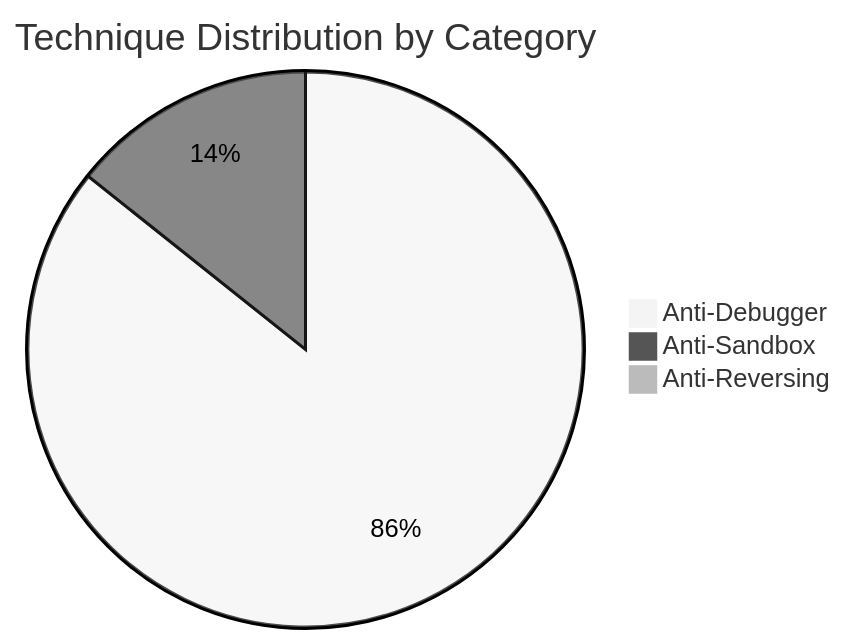
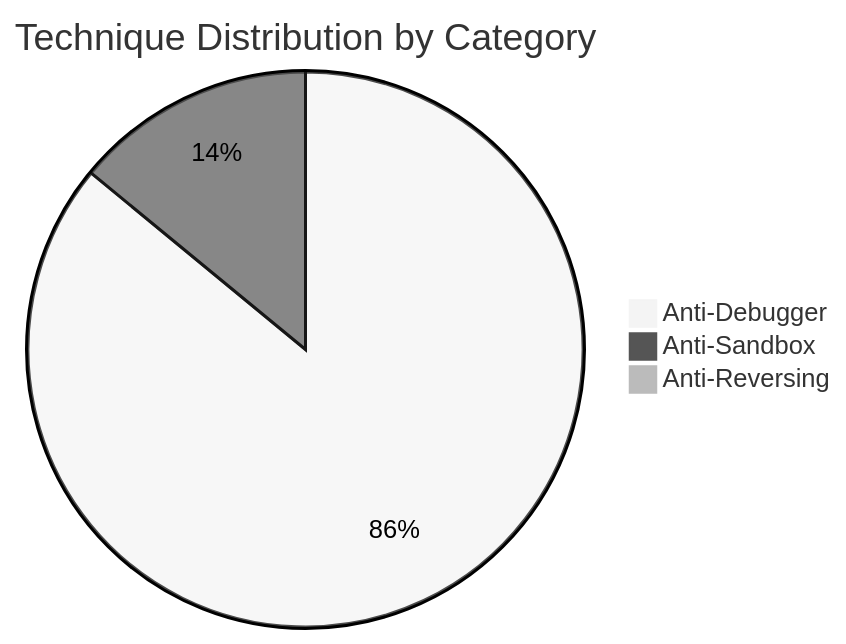
The second of 8 diagrams in docs/diagrams/taxonomy.md (mabj/anti), drawn with Mermaid (neutral theme) before and after one commit. The commit also changed other lines of this file and 8 other files, not shown here.

````diff
--- a/docs/diagrams/taxonomy.md
+++ b/docs/diagrams/taxonomy.md
@@ -34,6 +34,6 @@
 ```mermaid
 pie title Technique Distribution by Category
-    "Anti-Debugger" : 48
+    "Anti-Debugger" : 49
     "Anti-Sandbox" : 8
     "Anti-Reversing" : 0
 ```
````
